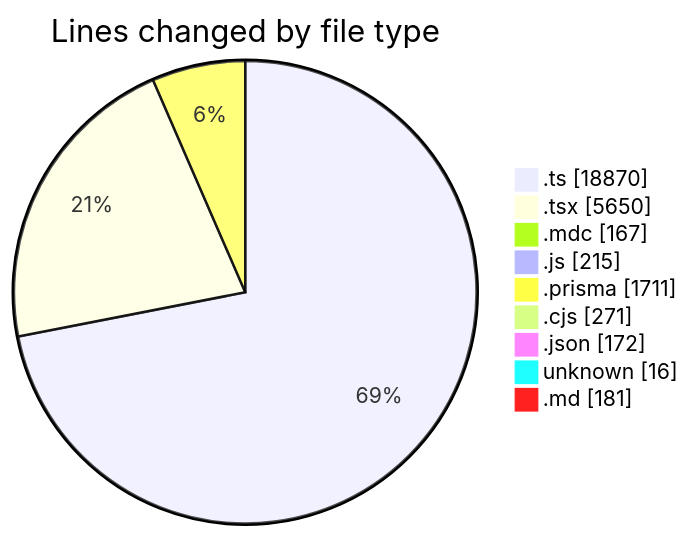
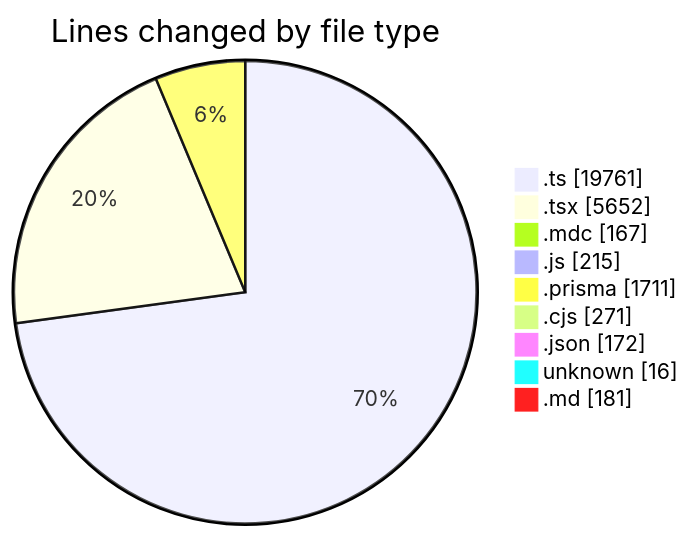
One commit to CELIANVF/code-tracking changed the first of 2 diagrams in 2025-06-06/ecodeli-1/README.md. Above: the diagram before and after it, drawn with Mermaid. The commit also changed other lines of this file and 1 other file, not shown here.

````diff
--- a/2025-06-06/ecodeli-1/README.md
+++ b/2025-06-06/ecodeli-1/README.md
@@ -100,13 +100,13 @@
 ```mermaid
 pie showData
 title Lines changed by file type
-".ts" : 18870
-".tsx" : 5650
+".ts" : 19761
+".tsx" : 5652
 ".mdc" : 167
 ".js" : 215
 ".prisma" : 1711
 ".cjs" : 271
 ".json" : 172
 "unknown" : 16
 ".md" : 181
 ```
````
